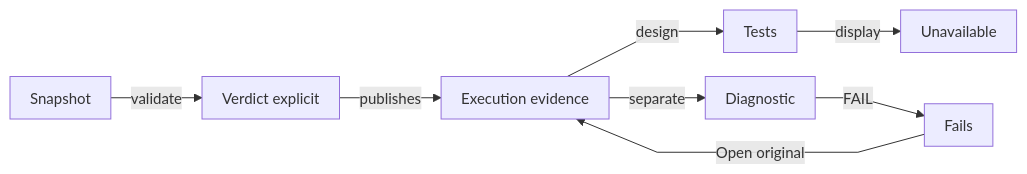
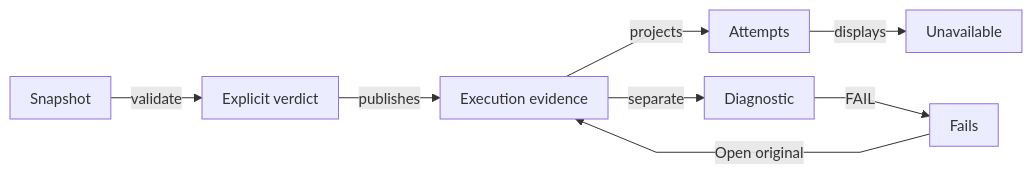
Before and after one commit to crististefanita/atf_j0: the fifth of 18 diagrams in atf-reporting/README.md, drawn with Mermaid. The commit also changed other lines of this file and 13 other files, not shown here.

````diff
--- a/atf-reporting/README.md
+++ b/atf-reporting/README.md
@@ -598,11 +566,11 @@
 ```mermaid
 %%{init: {"themeVariables":{"fontSize":"15px"},"themeCSS":".nodeLabel, .nodeLabel p { font-size: 15px !important; line-height: 1.35 !important; } .edgeLabel, .edgeLabel p { font-size: 12px !important; font-weight: 400 !important; line-height: 1.2 !important; } .edgeLabel .labelBkg, .edgeLabel p { background: transparent !important; } .edgeLabel foreignObject { transform: translateY(-18px); overflow: visible; } .node rect { rx: 6px; ry: 6px; }","flowchart":{"curve":"linear","nodeSpacing":24,"rankSpacing":40,"padding":10,"diagramPadding":16}}}%%
 flowchart LR
-    Snapshot["Snapshot"] -->|validate| Verdict["Verdict explicit"]
+    Snapshot["Snapshot"] -->|validate| Verdict["Explicit verdict"]
     Verdict -->|publishes| Evidence["Execution evidence"]
-    Evidence -->|design| History["Tests"]
+    Evidence -->|projects| History["Attempts"]
     Evidence -->|separate| Diagnostic["Diagnostic"]
-    History -->|display| Missing["Unavailable"]
+    History -->|displays| Missing["Unavailable"]
     Diagnostic -->|FAIL| Index["Fails"]
     Index -->|Open original| Evidence
 ```
````
